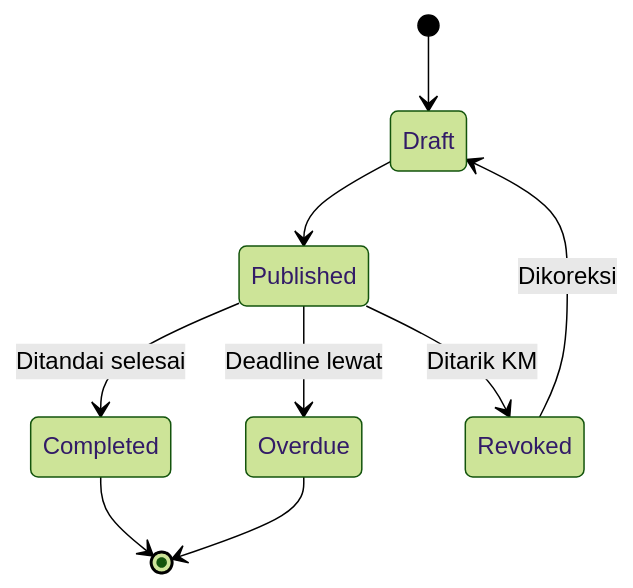
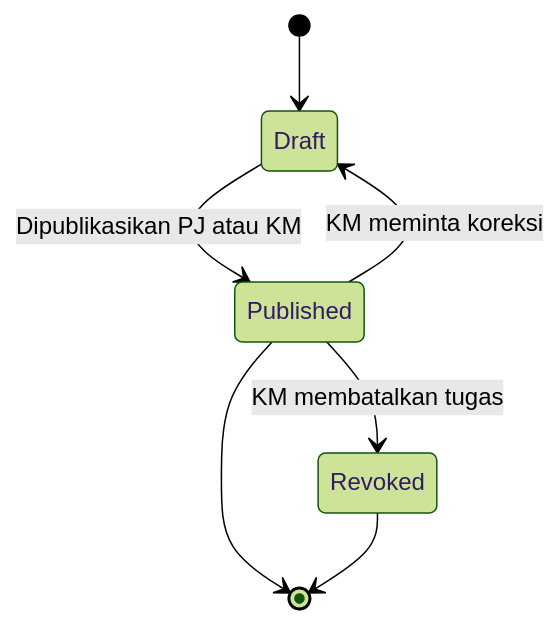
Before and after one commit to darvaaph/bot-wa-jadwal: the sixth of 6 diagrams in docs/product/PRODUCT_DEFINITION.md, drawn with Mermaid (forest theme). The commit also changed other lines of this file and 8 other files, not shown here.

````diff
--- a/docs/product/PRODUCT_DEFINITION.md
+++ b/docs/product/PRODUCT_DEFINITION.md
@@ -253,11 +260,9 @@
 ```mermaid
 stateDiagram-v2
     [*] --> Draft
-    Draft --> Published
-    Published --> Completed: Ditandai selesai
-    Published --> Overdue: Deadline lewat
-    Published --> Revoked: Ditarik KM
-    Revoked --> Draft: Dikoreksi
-    Completed --> [*]
-    Overdue --> [*]
+    Draft --> Published: Dipublikasikan PJ atau KM
+    Published --> Draft: KM meminta koreksi
+    Published --> Revoked: KM membatalkan tugas
+    Published --> [*]
+    Revoked --> [*]
 ```
````
